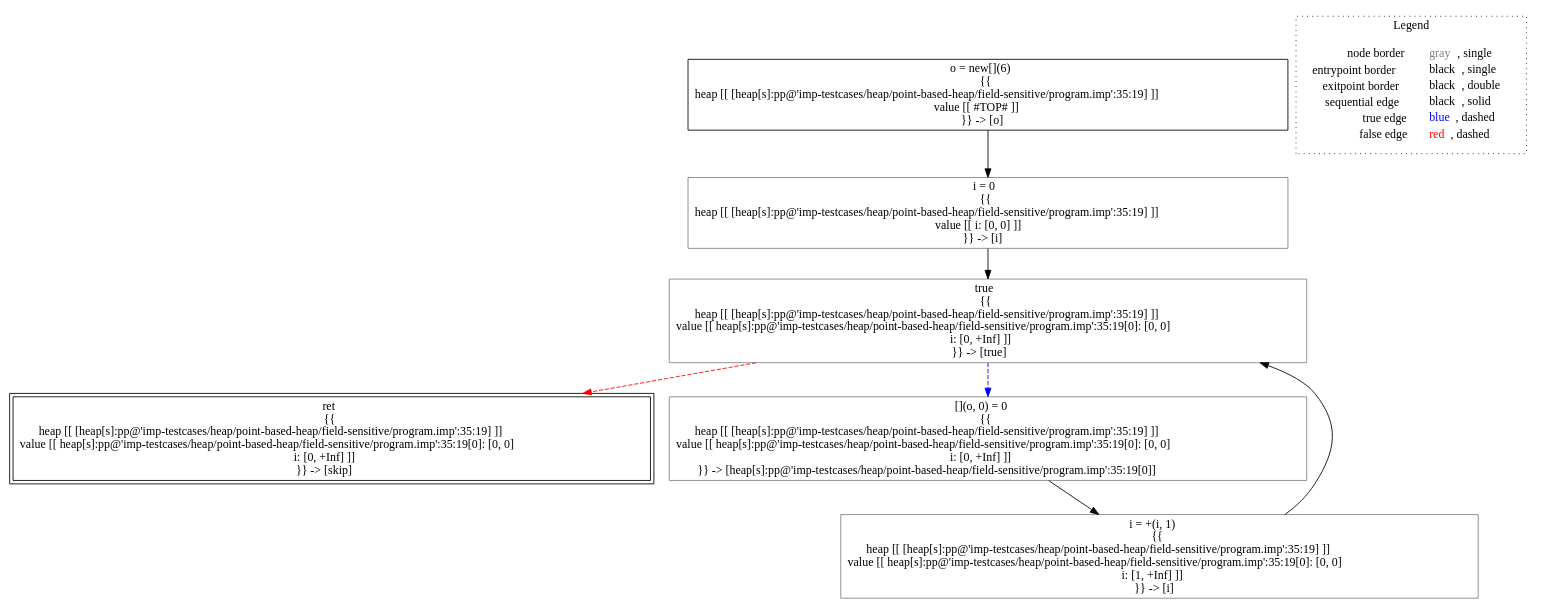
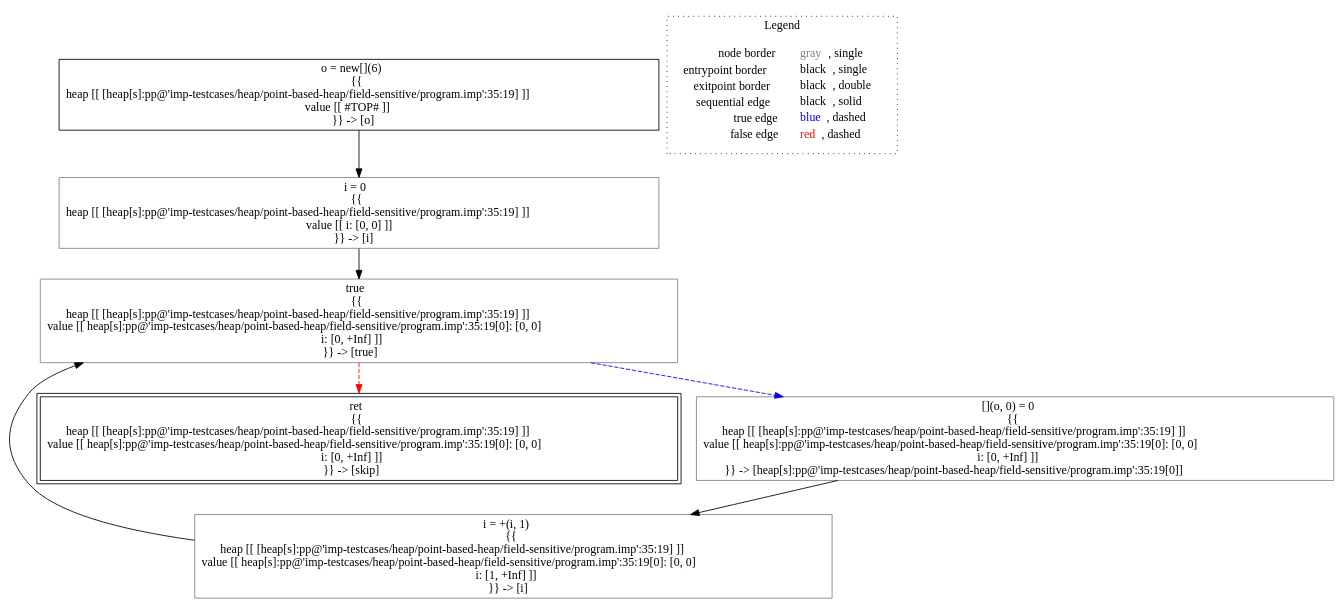
The diagram in lisa/imp-testcases/heap/point-based-heap/field-sensitive/analysis___untyped_A.f4(A_this).dot (lisa-analyzer/lisa), drawn with Graphviz before and after one commit. The commit also changed 29 other files, not shown here.

```diff
--- a/lisa/imp-testcases/heap/point-based-heap/field-sensitive/analysis___untyped_A.f4(A_this).dot
+++ b/lisa/imp-testcases/heap/point-based-heap/field-sensitive/analysis___untyped_A.f4(A_this).dot
@@ -1,21 +1,21 @@
 digraph {
 	"node0" [shape="rect",color="black",label=<o = new[](6)<BR/>{{<BR/>heap [[ [heap[s]:pp@'imp-testcases/heap/point-based-heap/field-sensitive/program.imp':35:19] ]]<BR/>value [[ #TOP# ]]<BR/>}} -&gt; [o]>];
-	"node1" [shape="rect",color="black",peripheries="2",label=<ret<BR/>{{<BR/>heap [[ [heap[s]:pp@'imp-testcases/heap/point-based-heap/field-sensitive/program.imp':35:19] ]]<BR/>value [[ heap[s]:pp@'imp-testcases/heap/point-based-heap/field-sensitive/program.imp':35:19[0]: [0, 0]<BR/>i: [0, +Inf] ]]<BR/>}} -&gt; [skip]>];
-	"node2" [shape="rect",color="gray",label=<true<BR/>{{<BR/>heap [[ [heap[s]:pp@'imp-testcases/heap/point-based-heap/field-sensitive/program.imp':35:19] ]]<BR/>value [[ heap[s]:pp@'imp-testcases/heap/point-based-heap/field-sensitive/program.imp':35:19[0]: [0, 0]<BR/>i: [0, +Inf] ]]<BR/>}} -&gt; [true]>];
+	"node1" [shape="rect",color="gray",label=<i = +(i, 1)<BR/>{{<BR/>heap [[ [heap[s]:pp@'imp-testcases/heap/point-based-heap/field-sensitive/program.imp':35:19] ]]<BR/>value [[ heap[s]:pp@'imp-testcases/heap/point-based-heap/field-sensitive/program.imp':35:19[0]: [0, 0]<BR/>i: [1, +Inf] ]]<BR/>}} -&gt; [i]>];
+	"node2" [shape="rect",color="black",peripheries="2",label=<ret<BR/>{{<BR/>heap [[ [heap[s]:pp@'imp-testcases/heap/point-based-heap/field-sensitive/program.imp':35:19] ]]<BR/>value [[ heap[s]:pp@'imp-testcases/heap/point-based-heap/field-sensitive/program.imp':35:19[0]: [0, 0]<BR/>i: [0, +Inf] ]]<BR/>}} -&gt; [skip]>];
 	"node3" [shape="rect",color="gray",label=<[](o, 0) = 0<BR/>{{<BR/>heap [[ [heap[s]:pp@'imp-testcases/heap/point-based-heap/field-sensitive/program.imp':35:19] ]]<BR/>value [[ heap[s]:pp@'imp-testcases/heap/point-based-heap/field-sensitive/program.imp':35:19[0]: [0, 0]<BR/>i: [0, +Inf] ]]<BR/>}} -&gt; [heap[s]:pp@'imp-testcases/heap/point-based-heap/field-sensitive/program.imp':35:19[0]]>];
-	"node4" [shape="rect",color="gray",label=<i = 0<BR/>{{<BR/>heap [[ [heap[s]:pp@'imp-testcases/heap/point-based-heap/field-sensitive/program.imp':35:19] ]]<BR/>value [[ i: [0, 0] ]]<BR/>}} -&gt; [i]>];
-	"node5" [shape="rect",color="gray",label=<i = +(i, 1)<BR/>{{<BR/>heap [[ [heap[s]:pp@'imp-testcases/heap/point-based-heap/field-sensitive/program.imp':35:19] ]]<BR/>value [[ heap[s]:pp@'imp-testcases/heap/point-based-heap/field-sensitive/program.imp':35:19[0]: [0, 0]<BR/>i: [1, +Inf] ]]<BR/>}} -&gt; [i]>];
-	"node0" -> "node4" [color="black"];
-	"node2" -> "node1" [color="red",style="dashed"];
-	"node2" -> "node3" [color="blue",style="dashed"];
-	"node3" -> "node5" [color="black"];
-	"node4" -> "node2" [color="black"];
-	"node5" -> "node2" [color="black"];
+	"node4" [shape="rect",color="gray",label=<true<BR/>{{<BR/>heap [[ [heap[s]:pp@'imp-testcases/heap/point-based-heap/field-sensitive/program.imp':35:19] ]]<BR/>value [[ heap[s]:pp@'imp-testcases/heap/point-based-heap/field-sensitive/program.imp':35:19[0]: [0, 0]<BR/>i: [0, +Inf] ]]<BR/>}} -&gt; [true]>];
+	"node5" [shape="rect",color="gray",label=<i = 0<BR/>{{<BR/>heap [[ [heap[s]:pp@'imp-testcases/heap/point-based-heap/field-sensitive/program.imp':35:19] ]]<BR/>value [[ i: [0, 0] ]]<BR/>}} -&gt; [i]>];
+	"node1" -> "node4" [color="black"];
+	"node3" -> "node1" [color="black"];
+	"node4" -> "node2" [color="red",style="dashed"];
+	"node4" -> "node3" [color="blue",style="dashed"];
+	"node0" -> "node5" [color="black"];
+	"node5" -> "node4" [color="black"];
 subgraph cluster_legend {
 	label="Legend";
 	style=dotted;
 	node [shape=plaintext];
 	"legend" [label=<<table border="0" cellpadding="2" cellspacing="0" cellborder="0"><tr><td align="right">node border&nbsp;</td><td align="left"><font color="gray">gray</font>, single</td></tr><tr><td align="right">entrypoint border&nbsp;</td><td align="left"><font color="black">black</font>, single</td></tr><tr><td align="right">exitpoint border&nbsp;</td><td align="left"><font color="black">black</font>, double</td></tr><tr><td align="right">sequential edge&nbsp;</td><td align="left"><font color="black">black</font>, solid</td></tr><tr><td align="right">true edge&nbsp;</td><td align="left"><font color="blue">blue</font>, dashed</td></tr><tr><td align="right">false edge&nbsp;</td><td align="left"><font color="red">red</font>, dashed</td></tr></table>>];
 }
 
 }
```
